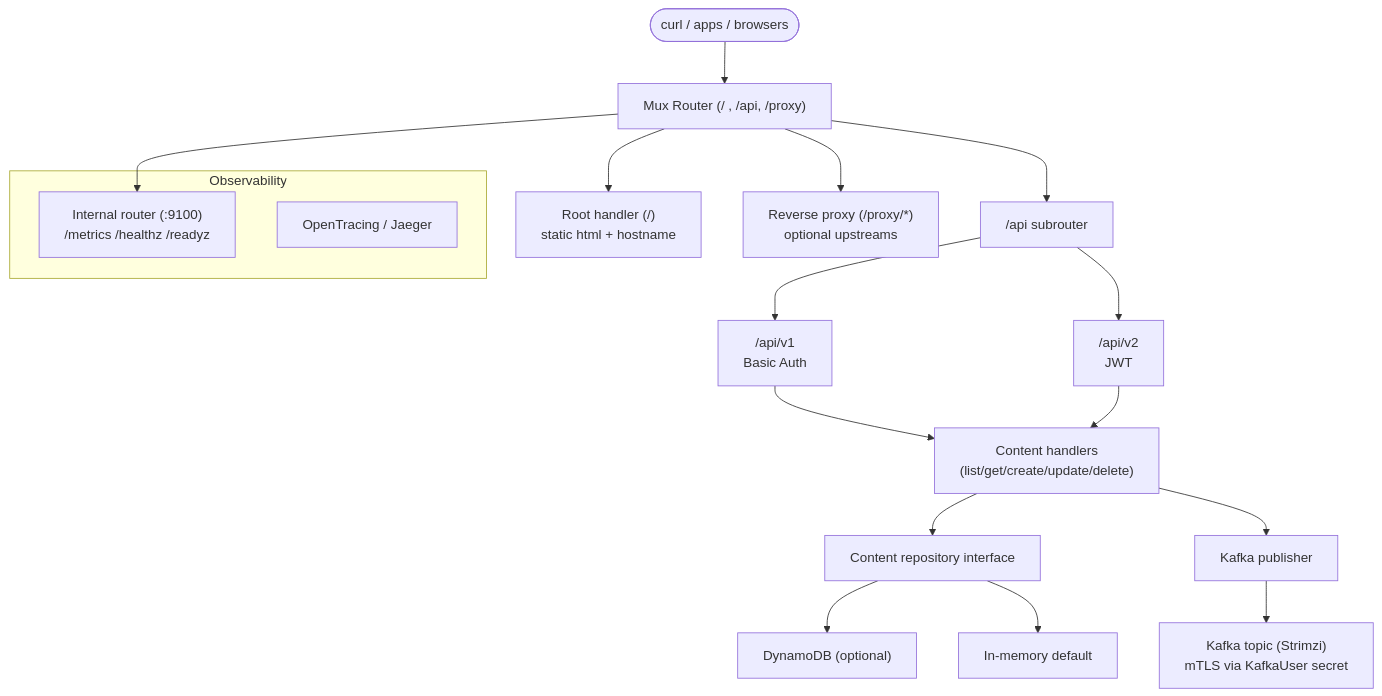
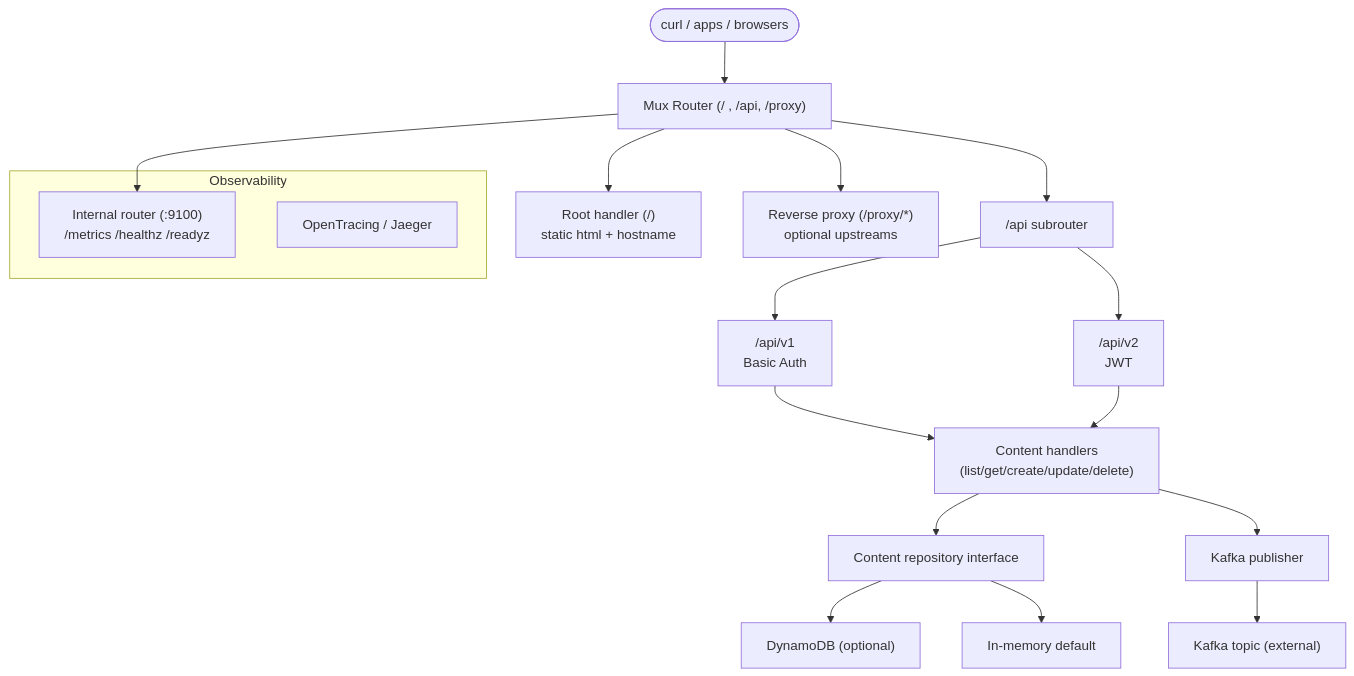
One commit to berndonline/go-helloworld changed the diagram in README.md. Above: the diagram before and after it, drawn with Mermaid. The commit also changed other lines of this file and 8 other files, not shown here.

````diff
--- a/README.md
+++ b/README.md
@@ -45,25 +36,25 @@
 ```mermaid
 graph TD
     clients(["curl / apps / browsers"]) --> router["Mux Router (/ , /api, /proxy)"]
     router --> root["Root handler (/)\nstatic html + hostname"]
     router --> metrics["Internal router (:9100)\n/metrics /healthz /readyz"]
     router --> proxy["Reverse proxy (/proxy/*)\noptional upstreams"]
     router --> api["/api subrouter"]
 
     api --> v1["/api/v1\nBasic Auth"]
     api --> v2["/api/v2\nJWT"]
     v1 --> handlers["Content handlers\n(list/get/create/update/delete)"]
     v2 --> handlers
 
     handlers --> repo["Content repository interface"]
     repo --> dynamo["DynamoDB (optional)"]
     repo --> memory["In-memory default"]
 
     handlers --> kafka["Kafka publisher"]
-    kafka --> topic["Kafka topic (Strimzi)\nmTLS via KafkaUser secret"]
+    kafka --> topic["Kafka topic (external)"]
 
     subgraph Observability
         metrics
         tracing["OpenTracing / Jaeger"]
     end
 ```
````
